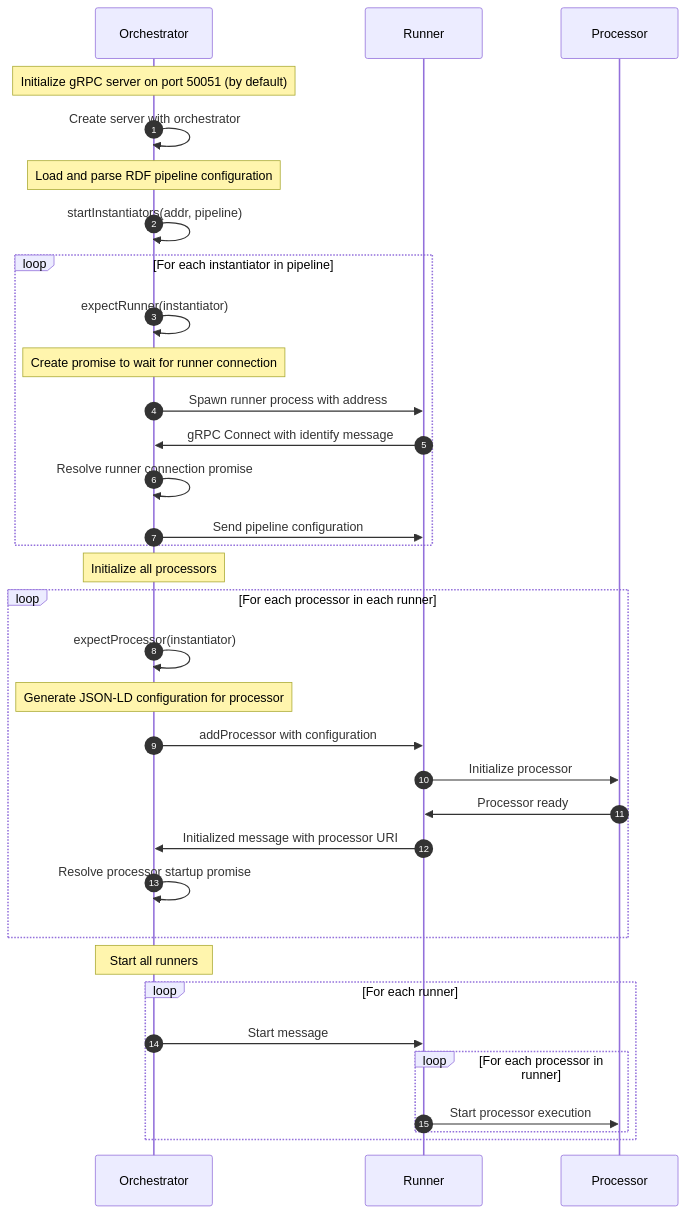
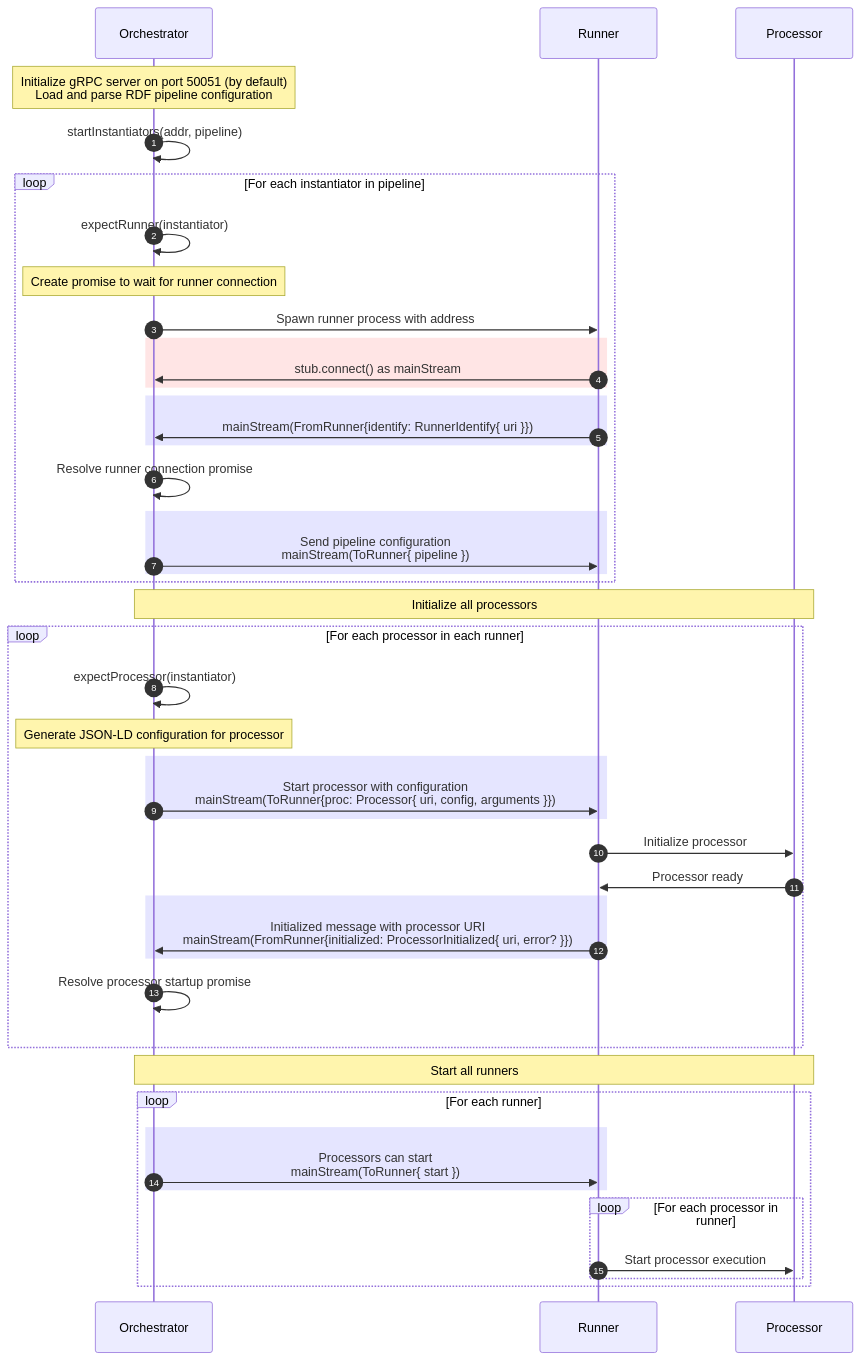
Before and after one commit to rdf-connect/orchestrator-js: the first of 3 diagrams in README.md, drawn with Mermaid. The commit also changed other lines of this file, not shown here.

Commit message:
docs: update README sequence diagrams

````diff
--- a/README.md
+++ b/README.md
@@ -212,41 +212,51 @@
 ```mermaid
 sequenceDiagram
     autonumber
     participant O as Orchestrator
     participant R as Runner
     participant P as Processor
 
-    Note over O: Initialize gRPC server on port 50051 (by default)
-    O->>O: Create server with orchestrator
-
-    Note over O: Load and parse RDF pipeline configuration
+    Note over O: Initialize gRPC server on port 50051 (by default)<br>Load and parse RDF pipeline configuration
 
     O->>O: startInstantiators(addr, pipeline)
     loop For each instantiator in pipeline
         O->>O: expectRunner(instantiator)
         Note over O: Create promise to wait for runner connection
         O->>R: Spawn runner process with address
-        R->>O: gRPC Connect with identify message
+        rect rgba(255, 0, 0, .1)
+            R->>O: stub.connect() as mainStream
+        end
+        rect rgba(0, 0, 255, .1)
+            R->>O: mainStream(FromRunner{identify: RunnerIdentify{ uri }})
+        end
         O->>O: Resolve runner connection promise
-        O->>R: Send pipeline configuration
+        rect rgba(0, 0, 255, .1)
+            O->>R: Send pipeline configuration<br> mainStream(ToRunner{ pipeline })
+        end
     end
 
-    Note over O: Initialize all processors
+    Note over O,P: Initialize all processors
     loop For each processor in each runner
         O->>O: expectProcessor(instantiator)
         Note over O: Generate JSON-LD configuration for processor
-        O->>R: addProcessor with configuration
+        rect rgba(0, 0, 255, .1)
+            O->>R: Start processor with configuration<br> mainStream(ToRunner{proc: Processor{ uri, config, arguments }})
+        end
         R->>P: Initialize processor
         P->>R: Processor ready
-        R->>O: Initialized message with processor URI
+        rect rgba(0, 0, 255, .1)
+            R->>O: Initialized message with processor URI<br>mainStream(FromRunner{initialized: ProcessorInitialized{ uri, error? }}) 
+        end
         O->>O: Resolve processor startup promise
     end
 
-    Note over O: Start all runners
+    Note over O,P: Start all runners
     loop For each runner
-        O->>R: Start message
+        rect rgba(0, 0, 255, .1)
+            O->>R: Processors can start<br> mainStream(ToRunner{ start })
+        end
         loop For each processor in runner
             R->>P: Start processor execution
         end
     end
 ```
````
